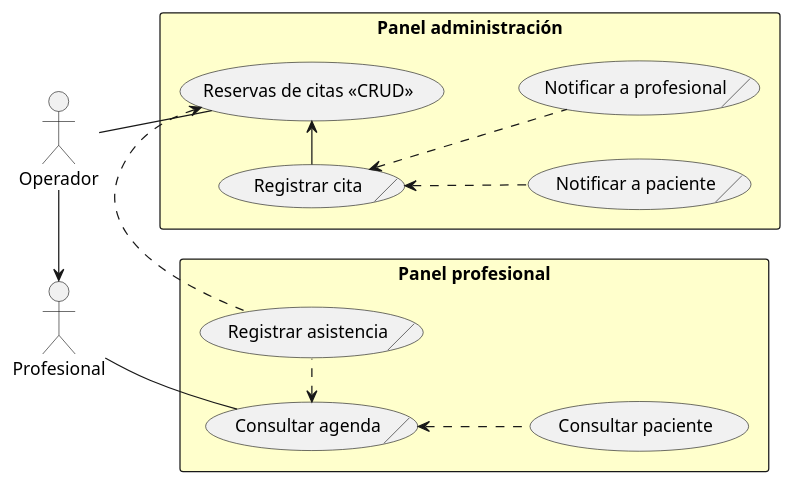
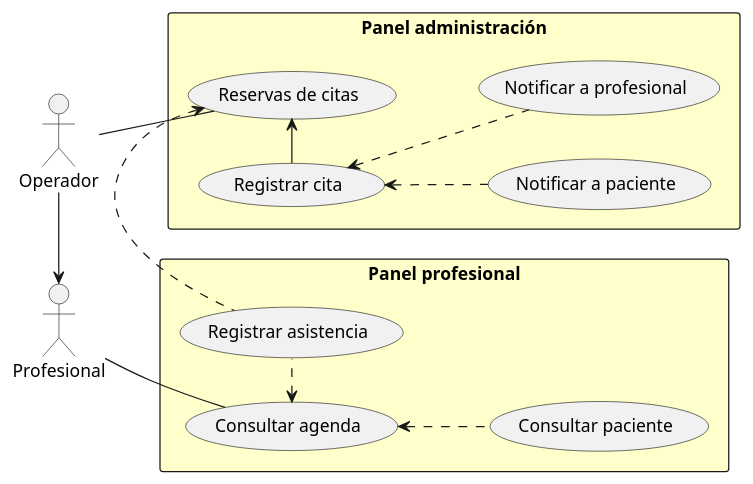
Before and after one commit to capsi-ucp/capsi-ucp.github.io: the diagram in ROOT/modules/proyecto/puml/citas-usecase.puml, drawn with PlantUML.

Commit message:
Caso de uso de lógica de negocio para la reserva de citas

```diff
--- a/ROOT/modules/proyecto/puml/citas-usecase.puml
+++ b/ROOT/modules/proyecto/puml/citas-usecase.puml
@@ -1,30 +1,30 @@
 @startuml
 left to right direction
 actor Operador
 actor Profesional
 
 rectangle "Panel administración" #BUSINESS {
-    usecase "Reservas de citas << CRUD >>" as AdminCitas
-    usecase/ "Registrar cita" as Citar
-    usecase/ "Notificar a paciente" as NotificarPaciente
-    usecase/ "Notificar a profesional" as NotificarProfesional
+    usecase "Reservas de citas" as AdminCitas
+    usecase "Registrar cita" as Citar
+    usecase "Notificar a paciente" as NotificarPaciente
+    usecase "Notificar a profesional" as NotificarProfesional
 }
 rectangle "Panel profesional" #BUSINESS {
-    usecase/ "Consultar agenda" as Agenda
+    usecase "Consultar agenda" as Agenda
     usecase "Consultar paciente" as ConsultarPaciente
-    usecase/ "Registrar asistencia" as Asistencia
+    usecase "Registrar asistencia" as Asistencia
 }
 
 Citar -> AdminCitas
 Citar <.. NotificarPaciente
 Citar <.. NotificarProfesional
 
 AdminCitas <. Asistencia
 Agenda <. Asistencia
 
 Agenda <.. ConsultarPaciente
 
 Operador -> Profesional
 Operador -- AdminCitas
 Profesional -- Agenda
 @enduml
```
